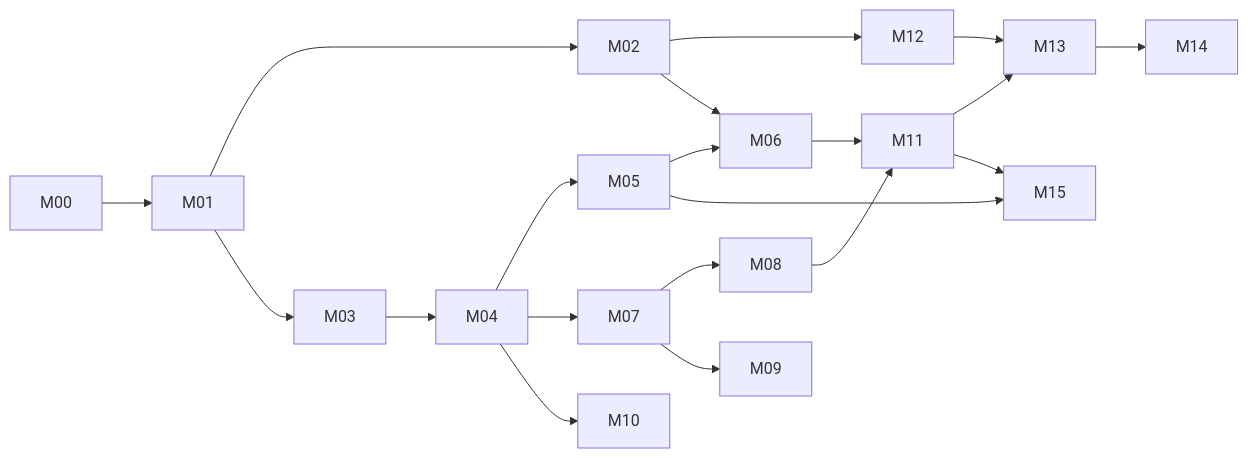
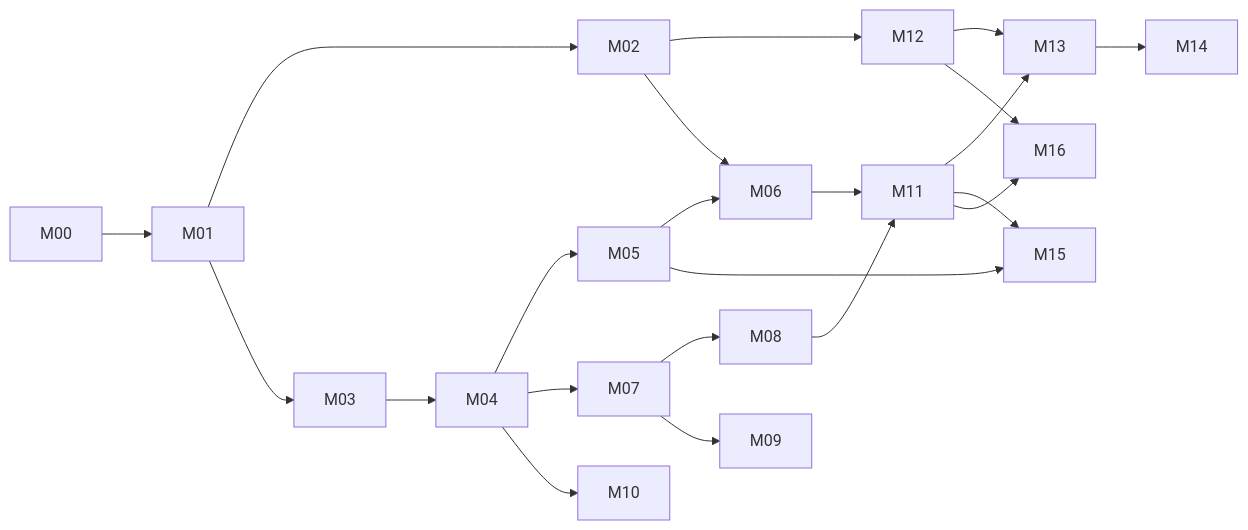
One commit to bimurto/file-term changed the diagram in docs/README.md. Above: the diagram before and after it, drawn with Mermaid. The commit also changed other lines of this file and 38 other files, not shown here.

````diff
--- a/docs/README.md
+++ b/docs/README.md
@@ -38,16 +39,18 @@
 ```mermaid
 flowchart LR
   M00 --> M01 --> M02 --> M12
   M01 --> M03 --> M04
   M04 --> M05 --> M06
   M02 --> M06
   M06 --> M11
   M04 --> M07 --> M08 --> M11
   M07 --> M09
   M04 --> M10
   M11 --> M13
   M12 --> M13
   M13 --> M14
   M05 --> M15
   M11 --> M15
+  M11 --> M16
+  M12 --> M16
 ```
````
